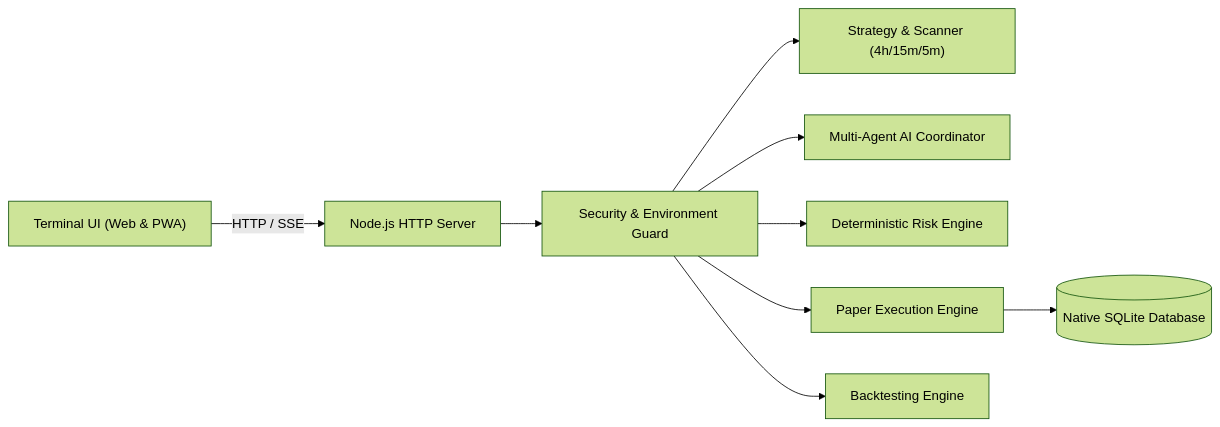
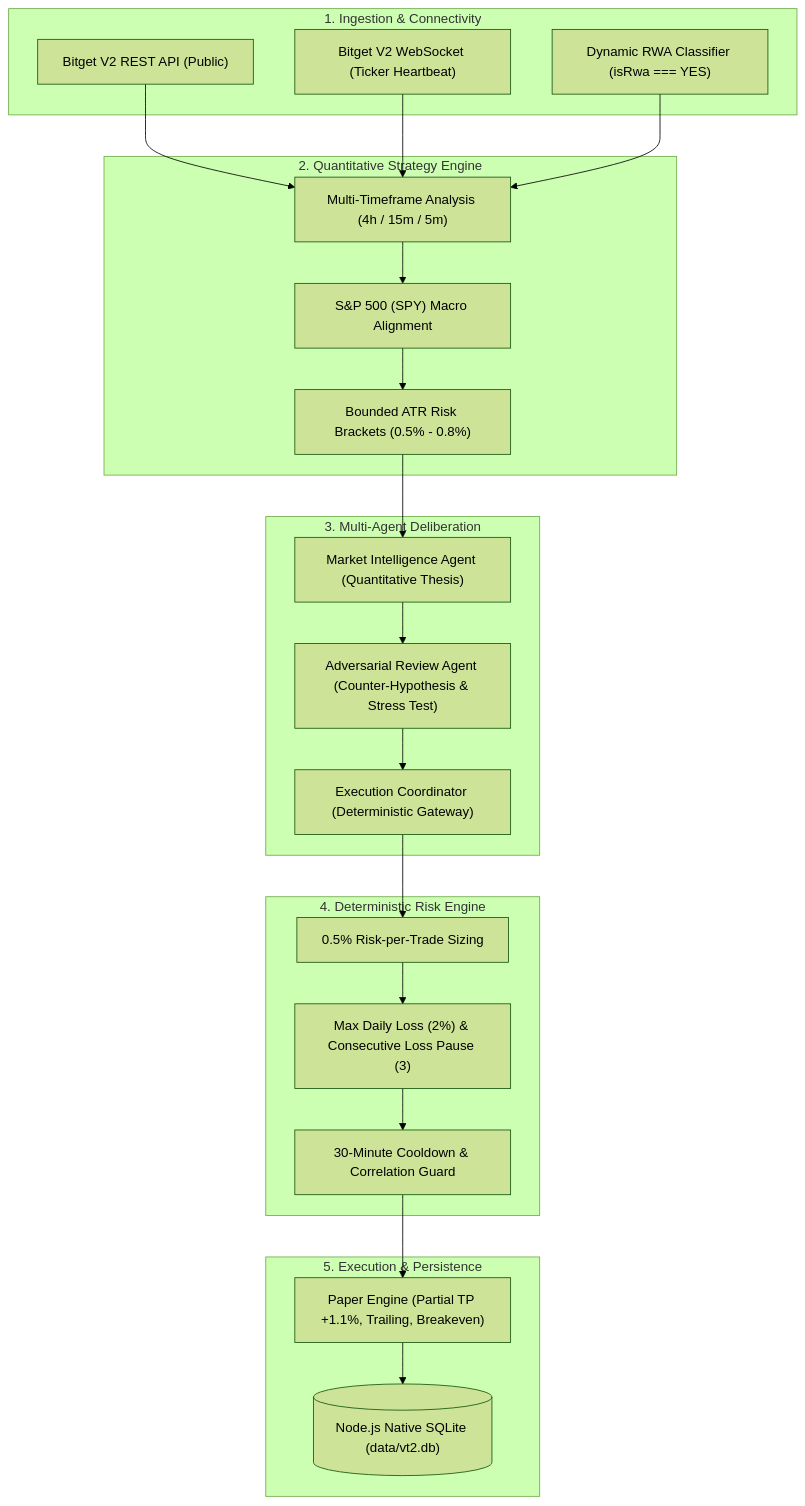
One commit to Solking-crpto/vt2-trading-bot changed the diagram in README.md. Above: the diagram before and after it, drawn with Mermaid (forest theme). The commit also changed other lines of this file and 9 other files, not shown here.

````diff
--- a/README.md
+++ b/README.md
@@ -24,11 +22,39 @@
 ```mermaid
-flowchart LR
-    UI["Terminal UI (Web & PWA)"] -->|HTTP / SSE| Server["Node.js HTTP Server"]
-    Server --> Guard["Security & Environment Guard"]
-    Guard --> Strategy["Strategy & Scanner (4h/15m/5m)"]
-    Guard --> AI["Multi-Agent AI Coordinator"]
-    Guard --> Risk["Deterministic Risk Engine"]
-    Guard --> Paper["Paper Execution Engine"]
-    Guard --> BT["Backtesting Engine"]
-    Paper --> DB[("Native SQLite Database")]
+flowchart TD
+    subgraph MarketData ["1. Ingestion & Connectivity"]
+        BG_REST["Bitget V2 REST API (Public)"]
+        BG_WS["Bitget V2 WebSocket (Ticker Heartbeat)"]
+        RWA["Dynamic RWA Classifier (isRwa === YES)"]
+    end
+
+    subgraph Strategy ["2. Quantitative Strategy Engine"]
+        MTF["Multi-Timeframe Analysis (4h / 15m / 5m)"]
+        SPY_BENCH["S&P 500 (SPY) Macro Alignment"]
+        ATR_STOP["Bounded ATR Risk Brackets (0.5% - 0.8%)"]
+    end
+
+    subgraph Agents ["3. Multi-Agent Deliberation"]
+        MIA["Market Intelligence Agent (Quantitative Thesis)"]
+        ARA["Adversarial Review Agent (Counter-Hypothesis & Stress Test)"]
+        EC["Execution Coordinator (Deterministic Gateway)"]
+    end
+
+    subgraph Risk ["4. Deterministic Risk Engine"]
+        SIZING["0.5% Risk-per-Trade Sizing"]
+        CAPS["Max Daily Loss (2%) & Consecutive Loss Pause (3)"]
+        COOLDOWN["30-Minute Cooldown & Correlation Guard"]
+    end
+
+    subgraph Execution ["5. Execution & Persistence"]
+        PAPER["Paper Engine (Partial TP +1.1%, Trailing, Breakeven)"]
+        SQLITE[("Node.js Native SQLite (data/vt2.db)")]
+    end
+
+    BG_REST --> MTF
+    BG_WS --> MTF
+    RWA --> MTF
+    MTF --> SPY_BENCH --> ATR_STOP --> MIA
+    MIA --> ARA --> EC
+    EC --> SIZING --> CAPS --> COOLDOWN
+    COOLDOWN --> PAPER --> SQLITE
 ```
````
